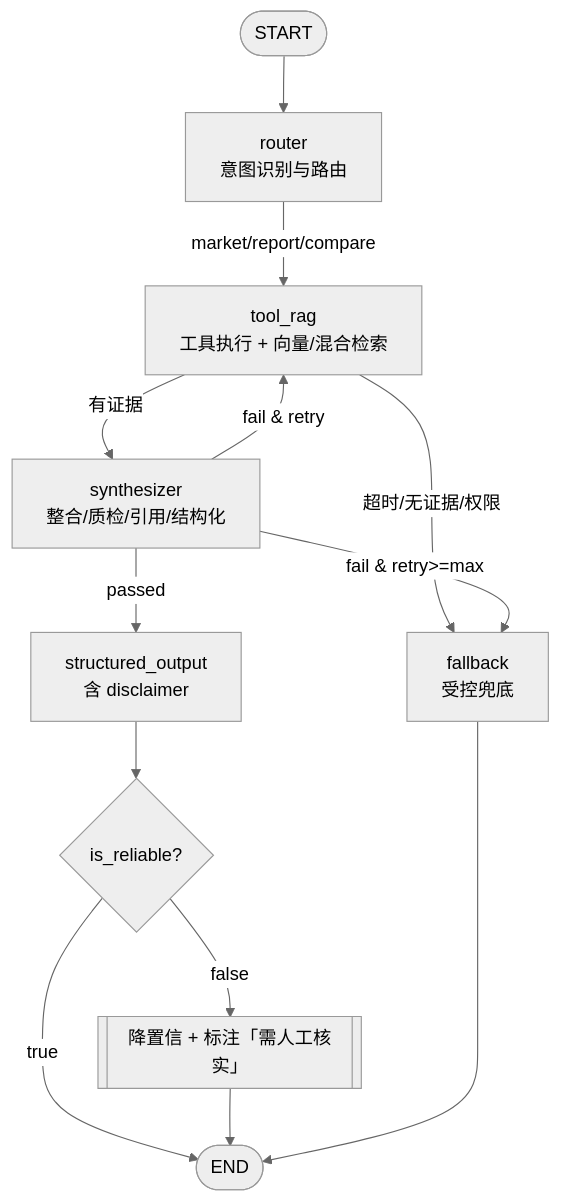
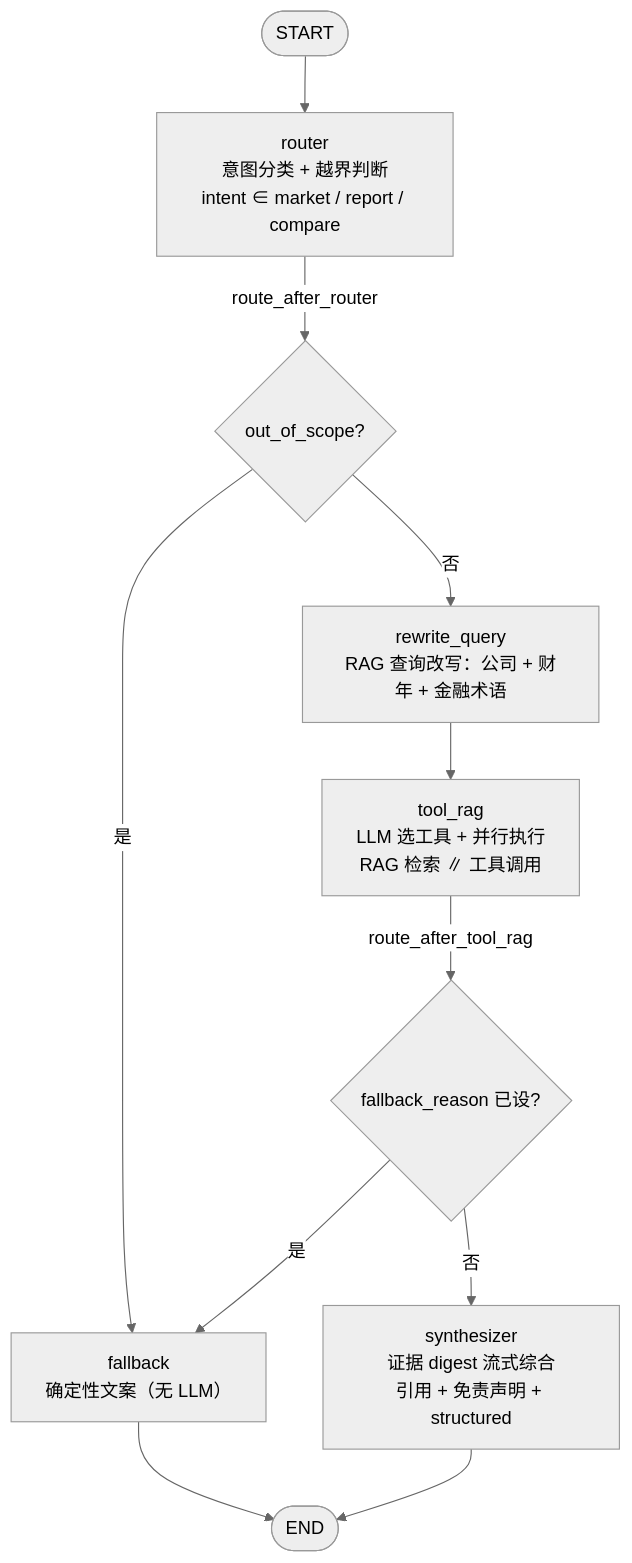
One commit to qiye-star/TushareAgent changed the third of 5 diagrams in docs/ARCHITECTURE.md. Above: the diagram before and after it, drawn with Mermaid (neutral theme). The commit also changed other lines of this file and 6 other files, not shown here.

First line of the commit message:
docs: 文档现状重构——架构/原理图重写、README 文档索引与陈旧行修复、CLAUDE.md 对齐代码

````diff
--- a/docs/ARCHITECTURE.md
+++ b/docs/ARCHITECTURE.md
@@ -527,14 +120,13 @@
 ```mermaid
 flowchart TD
-    START([START]) --> ROUTER[router\n意图识别与路由]
-    ROUTER -->|"market/report/compare"| TR[tool_rag\n工具执行 + 向量/混合检索]
-    TR -->|"有证据"| SYN[synthesizer\n整合/质检/引用/结构化]
-    TR -->|"超时/无证据/权限"| FB[fallback\n受控兜底]
-    SYN -->|"passed"| OUT[structured_output\n含 disclaimer]
-    SYN -->|"fail & retry<max"| TR
-    SYN -->|"fail & retry>=max"| FB
-    OUT --> REL{is_reliable?}
-    REL -->|true| END([END])
-    REL -->|false| CAV[[降置信 + 标注「需人工核实」]] --> END
-    FB --> END
+    START([START]) --> ROUTER["router<br/>意图分类 + 越界判断<br/>intent ∈ market / report / compare"]
+    ROUTER -->|route_after_router| X1{"out_of_scope?"}
+    X1 -->|是| FB["fallback<br/>确定性文案（无 LLM）"]
+    X1 -->|否| RQ["rewrite_query<br/>RAG 查询改写：公司 + 财年 + 金融术语"]
+    RQ --> TR["tool_rag<br/>LLM 选工具 + 并行执行<br/>RAG 检索 ∥ 工具调用"]
+    TR -->|route_after_tool_rag| X2{"fallback_reason 已设?"}
+    X2 -->|是| FB
+    X2 -->|否| SYN["synthesizer<br/>证据 digest 流式综合<br/>引用 + 免责声明 + structured"]
+    FB --> END([END])
+    SYN --> END
 ```
````
